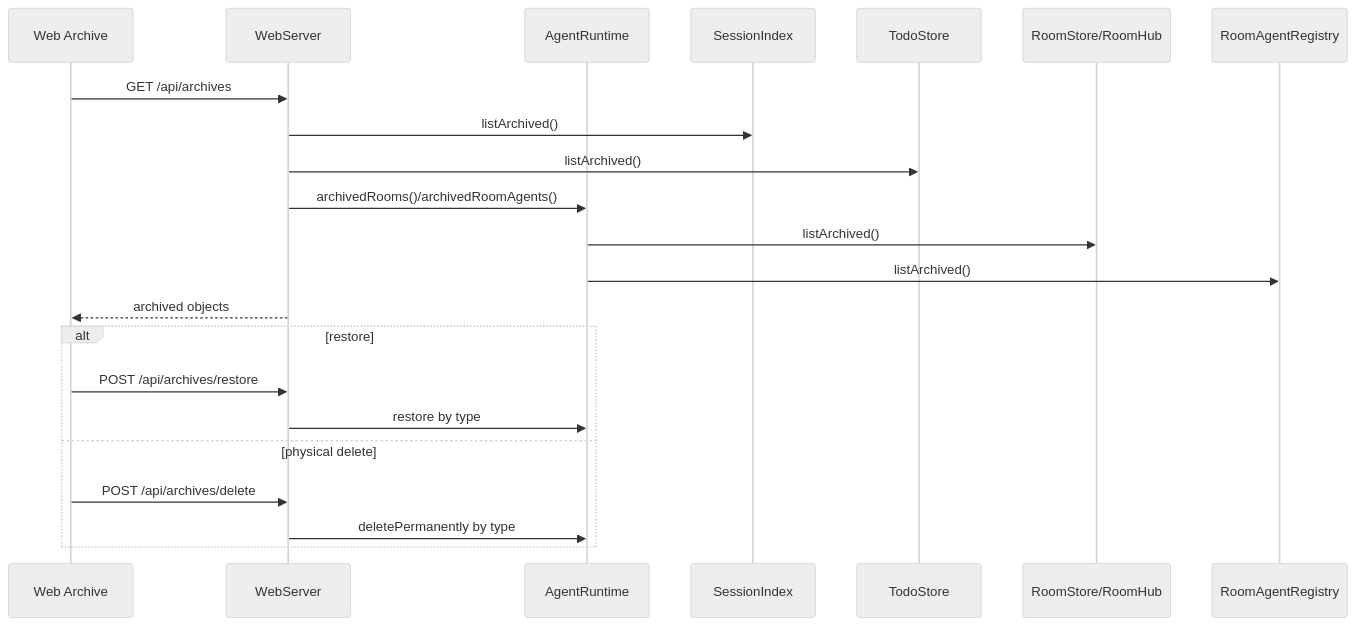
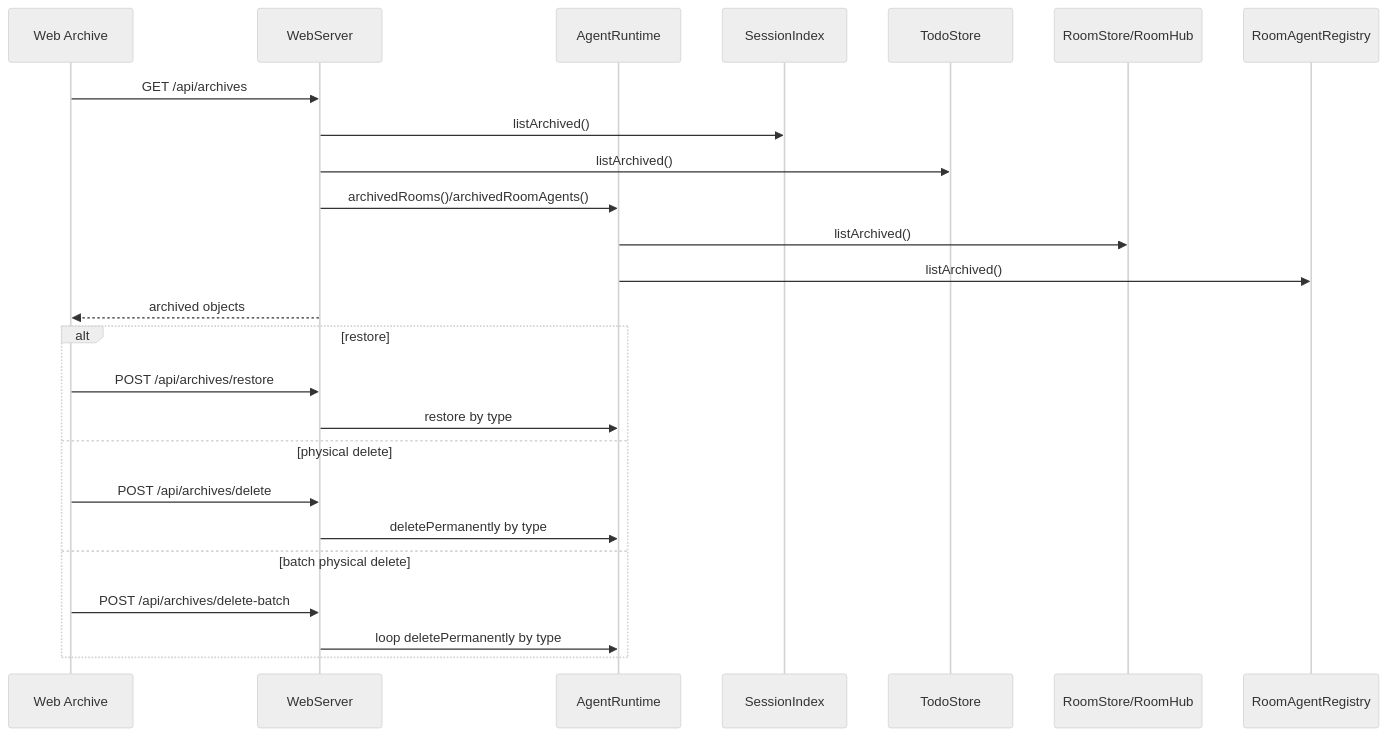
Before and after one commit to yangzhb-cn/aster: the eighth of 8 diagrams in docs/ai-readme/generated/core-flows.md, drawn with Mermaid (neutral theme). The commit also changed other lines of this file and 8 other files, not shown here.

````diff
--- a/docs/ai-readme/generated/core-flows.md
+++ b/docs/ai-readme/generated/core-flows.md
@@ -336,26 +336,29 @@
 ```mermaid
 sequenceDiagram
     participant Web as Web Archive
     participant Server as WebServer
     participant Runtime as AgentRuntime
     participant Session as SessionIndex
     participant Todo as TodoStore
     participant Room as RoomStore/RoomHub
     participant Agent as RoomAgentRegistry
 
     Web->>Server: GET /api/archives
     Server->>Session: listArchived()
     Server->>Todo: listArchived()
     Server->>Runtime: archivedRooms()/archivedRoomAgents()
     Runtime->>Room: listArchived()
     Runtime->>Agent: listArchived()
     Server-->>Web: archived objects
 
     alt restore
         Web->>Server: POST /api/archives/restore
         Server->>Runtime: restore by type
     else physical delete
         Web->>Server: POST /api/archives/delete
         Server->>Runtime: deletePermanently by type
+    else batch physical delete
+        Web->>Server: POST /api/archives/delete-batch
+        Server->>Runtime: loop deletePermanently by type
     end
 ```
````
